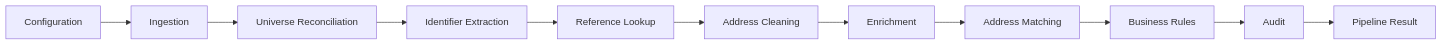
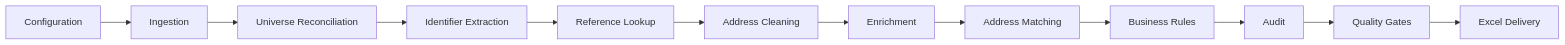
The third of 11 diagrams in README.md (cjr3195/databricks-data-reconciliation-pipeline), drawn with Mermaid before and after one commit. The commit also changed other lines of this file, not shown here.

````diff
--- a/README.md
+++ b/README.md
@@ -38,13 +106,14 @@
 ```mermaid
 flowchart LR
     CFG["Configuration"] --> ING["Ingestion"]
     ING --> UNI["Universe Reconciliation"]
     UNI --> IDS["Identifier Extraction"]
     IDS --> REF["Reference Lookup"]
     REF --> CLN["Address Cleaning"]
     CLN --> ENR["Enrichment"]
     ENR --> MAT["Address Matching"]
     MAT --> BR["Business Rules"]
     BR --> AUD["Audit"]
-    AUD --> PIPE["Pipeline Result"]
+    AUD --> QG["Quality Gates"]
+    QG --> OUT["Excel Delivery"]
 ```
````
